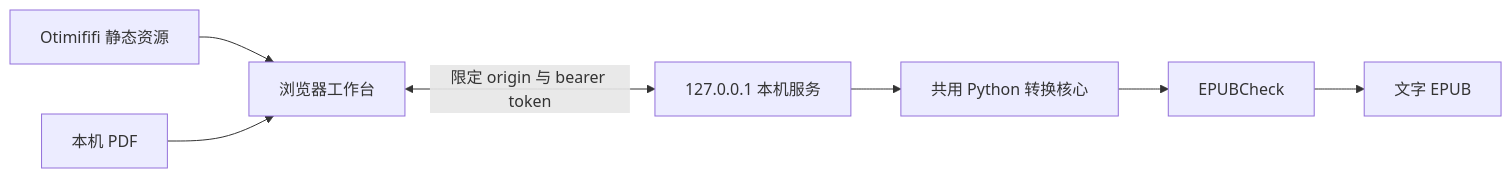
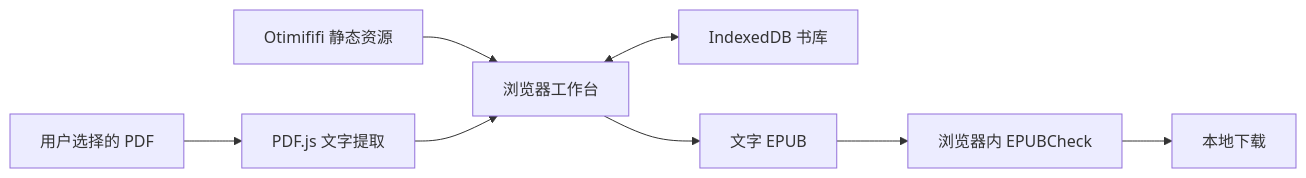
Before and after one commit to qar/pdf-to-epub: the diagram in docs/web-workspace.md, drawn with Mermaid. The commit also changed other lines of this file and 37 other files, not shown here.

Commit message:
feat: 实现纯浏览器 PDF 到 EPUB 工作台

````diff
--- a/docs/web-workspace.md
+++ b/docs/web-workspace.md
@@ -7,9 +7,10 @@
 ```mermaid
 flowchart LR
   Site[Otimififi 静态资源] --> Browser[浏览器工作台]
-  PDF[本机 PDF] --> Browser
-  Browser <-->|限定 origin 与 bearer token| Local[127.0.0.1 本机服务]
-  Local --> Core[共用 Python 转换核心]
-  Core --> Check[EPUBCheck]
-  Check --> EPUB[文字 EPUB]
+  PDF[用户选择的 PDF] --> Extract[PDF.js 文字提取]
+  Extract --> Browser
+  Browser <--> Store[IndexedDB 书库]
+  Browser --> EPUB[文字 EPUB]
+  EPUB --> Check[浏览器内 EPUBCheck]
+  Check --> Download[本地下载]
 ```
````
